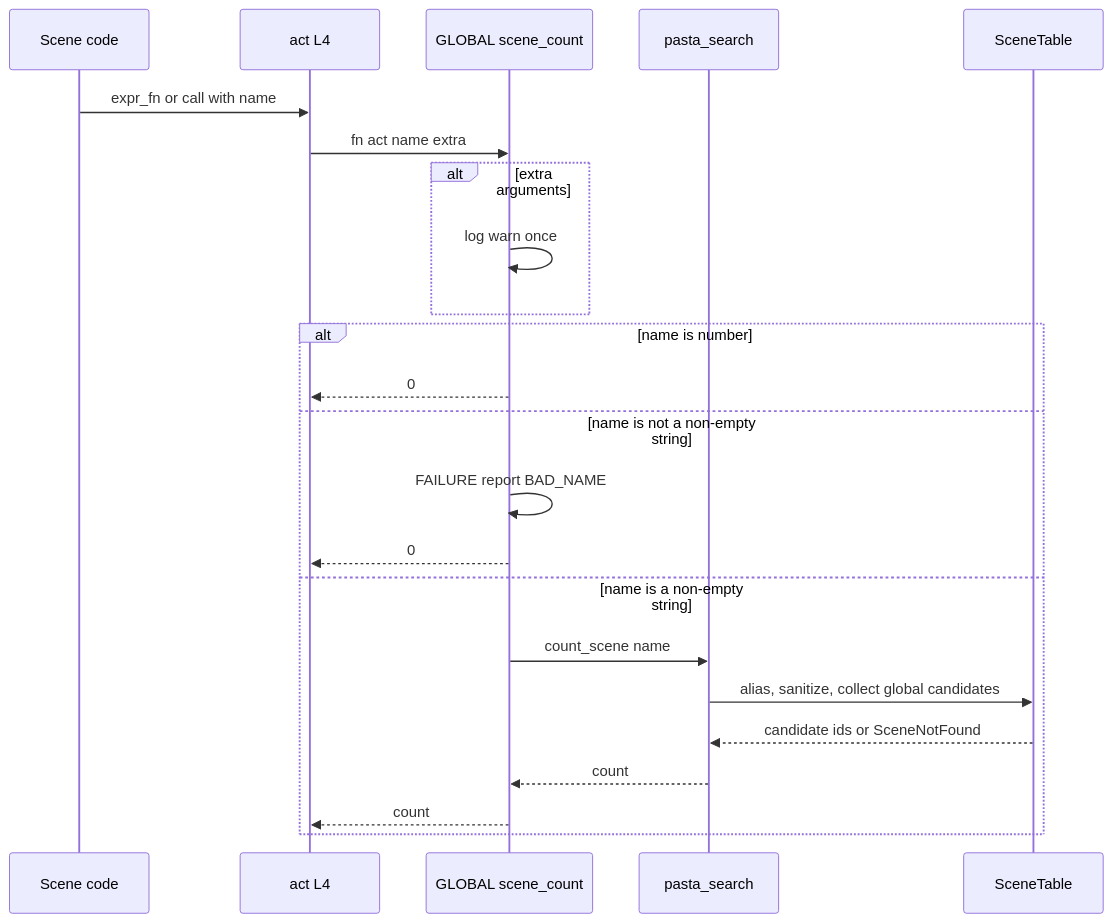
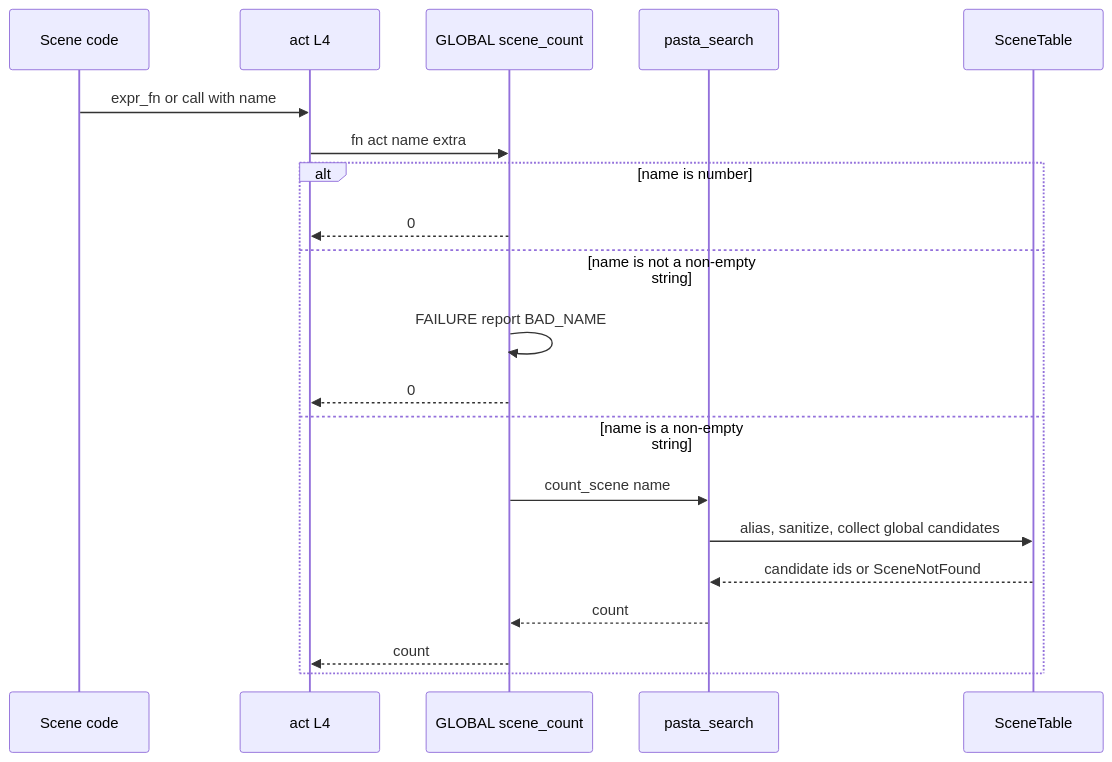
One commit to ekicyou/pasta changed the second of 2 diagrams in .kiro/specs/scene-count/design.md. Above: the diagram before and after it, drawn with Mermaid. The commit also changed other lines of this file and 1 other file, not shown here.

````diff
--- a/.kiro/specs/scene-count/design.md
+++ b/.kiro/specs/scene-count/design.md
@@ -111,25 +112,22 @@
 ```mermaid
 sequenceDiagram
     participant Scene as Scene code
     participant Act as act L4
     participant G as GLOBAL scene_count
     participant S as pasta_search
     participant T as SceneTable
     Scene->>Act: expr_fn or call with name
     Act->>G: fn act name extra
-    alt extra arguments
-        G->>G: log warn once
-    end
     alt name is number
         G-->>Act: 0
     else name is not a non-empty string
         G->>G: FAILURE report BAD_NAME
         G-->>Act: 0
     else name is a non-empty string
         G->>S: count_scene name
         S->>T: alias, sanitize, collect global candidates
         T-->>S: candidate ids or SceneNotFound
         S-->>G: count
         G-->>Act: count
     end
 ```
````
